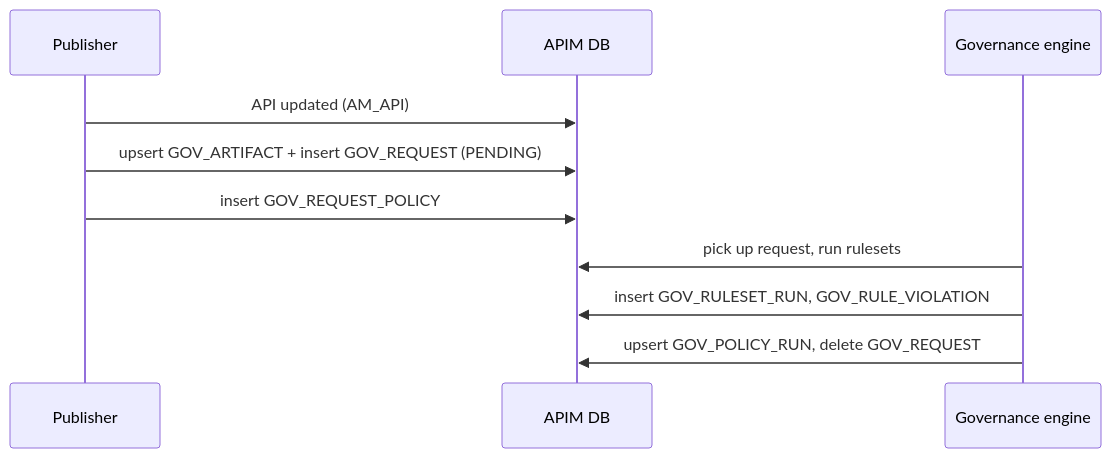
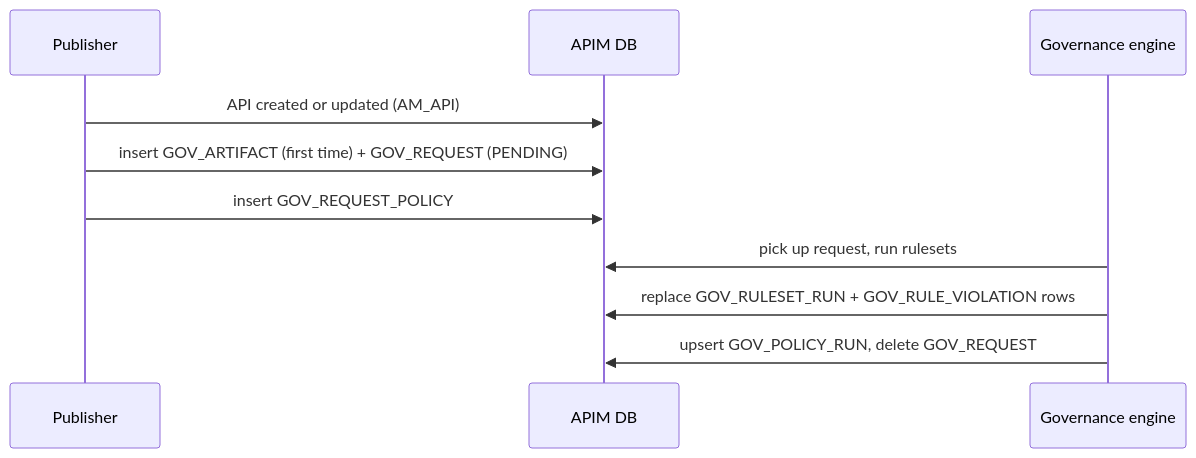
One commit to SaviNimz/apim-db-docs changed the second of 2 diagrams in docs/apim-4/flows/14-governance.md. Above: the diagram before and after it, drawn with Mermaid. The commit also changed other lines of this file and 55 other files, not shown here.

First line of the commit message:
Verify all core flows against running 3.2.0 and 4.7.0 servers

````diff
--- a/docs/apim-4/flows/14-governance.md
+++ b/docs/apim-4/flows/14-governance.md
@@ -29,12 +41,12 @@
 ```mermaid
 sequenceDiagram
     participant Pub as Publisher
     participant DB as APIM DB
     participant Gov as Governance engine
-    Pub->>DB: API updated (AM_API)
-    Pub->>DB: upsert GOV_ARTIFACT + insert GOV_REQUEST (PENDING)
+    Pub->>DB: API created or updated (AM_API)
+    Pub->>DB: insert GOV_ARTIFACT (first time) + GOV_REQUEST (PENDING)
     Pub->>DB: insert GOV_REQUEST_POLICY
     Gov->>DB: pick up request, run rulesets
-    Gov->>DB: insert GOV_RULESET_RUN, GOV_RULE_VIOLATION
+    Gov->>DB: replace GOV_RULESET_RUN + GOV_RULE_VIOLATION rows
     Gov->>DB: upsert GOV_POLICY_RUN, delete GOV_REQUEST
 ```
````
